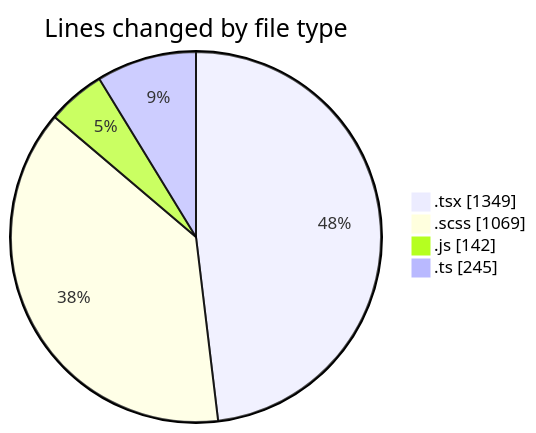
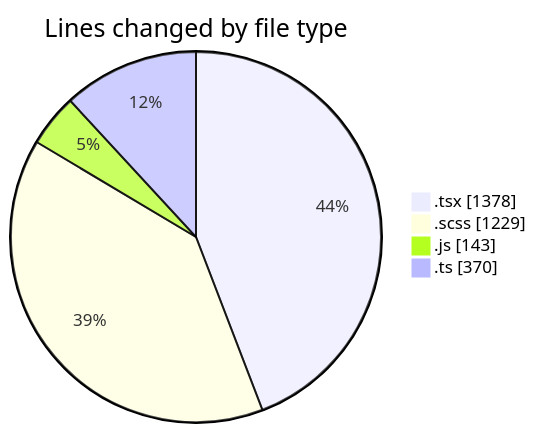
One commit to momahboobian/code-tracking changed the first of 2 diagrams in 2026-03-25/cda/README.md. Above: the diagram before and after it, drawn with Mermaid. The commit also changed other lines of this file and 1 other file, not shown here.

````diff
--- a/2026-03-25/cda/README.md
+++ b/2026-03-25/cda/README.md
@@ -23,8 +23,8 @@
 ```mermaid
 pie showData
 title Lines changed by file type
-".tsx" : 1349
-".scss" : 1069
-".js" : 142
-".ts" : 245
+".tsx" : 1378
+".scss" : 1229
+".js" : 143
+".ts" : 370
 ```
````
